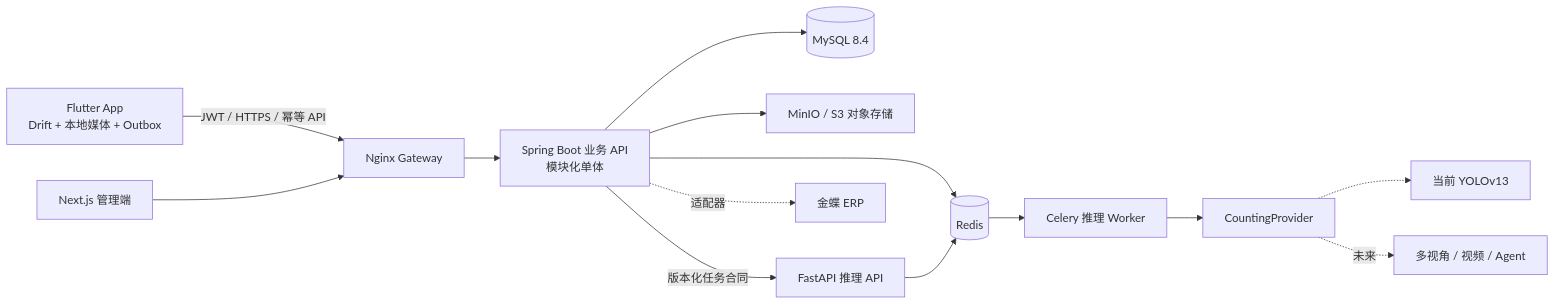
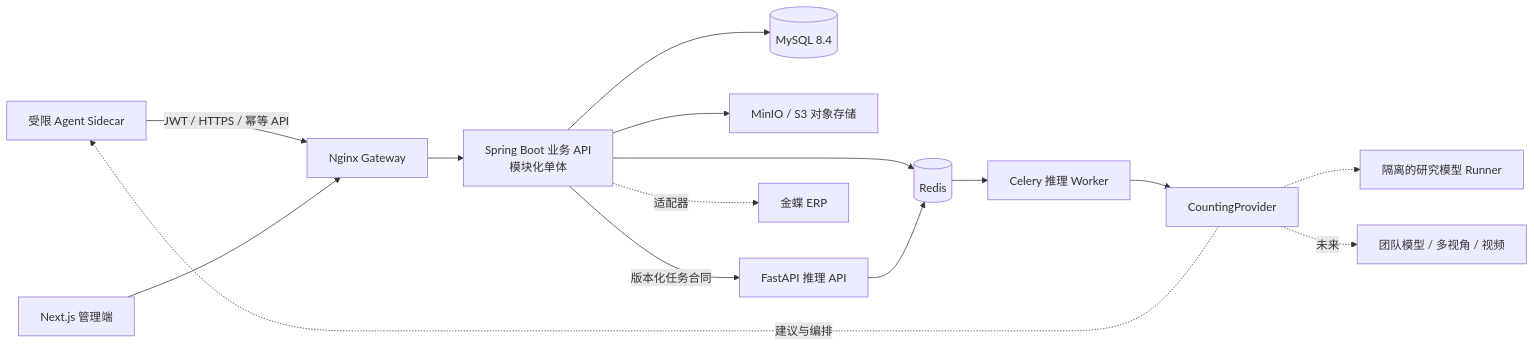
The diagram in docs/architecture.md (JWLuo0719/smart-pig-inventory), drawn with Mermaid before and after one commit. The commit also changed other lines of this file and 83 other files, not shown here.

````diff
--- a/docs/architecture.md
+++ b/docs/architecture.md
@@ -16,16 +16,17 @@
 ```mermaid
 flowchart LR
     A["Flutter App<br/>Drift + 本地媒体 + Outbox"] -->|"JWT / HTTPS / 幂等 API"| G["Nginx Gateway"]
     W["Next.js 管理端"] --> G
     G --> B["Spring Boot 业务 API<br/>模块化单体"]
     B --> M[("MySQL 8.4")]
     B --> O["MinIO / S3 对象存储"]
     B --> R[("Redis")]
     B -->|"版本化任务合同"| P["FastAPI 推理 API"]
     P --> R
     R --> C["Celery 推理 Worker"]
     C --> Y["CountingProvider"]
-    Y -.-> Y1["当前 YOLOv13"]
-    Y -.未来.-> Y2["多视角 / 视频 / Agent"]
+    Y -.-> Y1["隔离的研究模型 Runner"]
+    Y -.未来.-> Y2["团队模型 / 多视角 / 视频"]
+    Y -.建议与编排.-> A["受限 Agent Sidecar"]
     B -.适配器.-> K["金蝶 ERP"]
 ```
````
